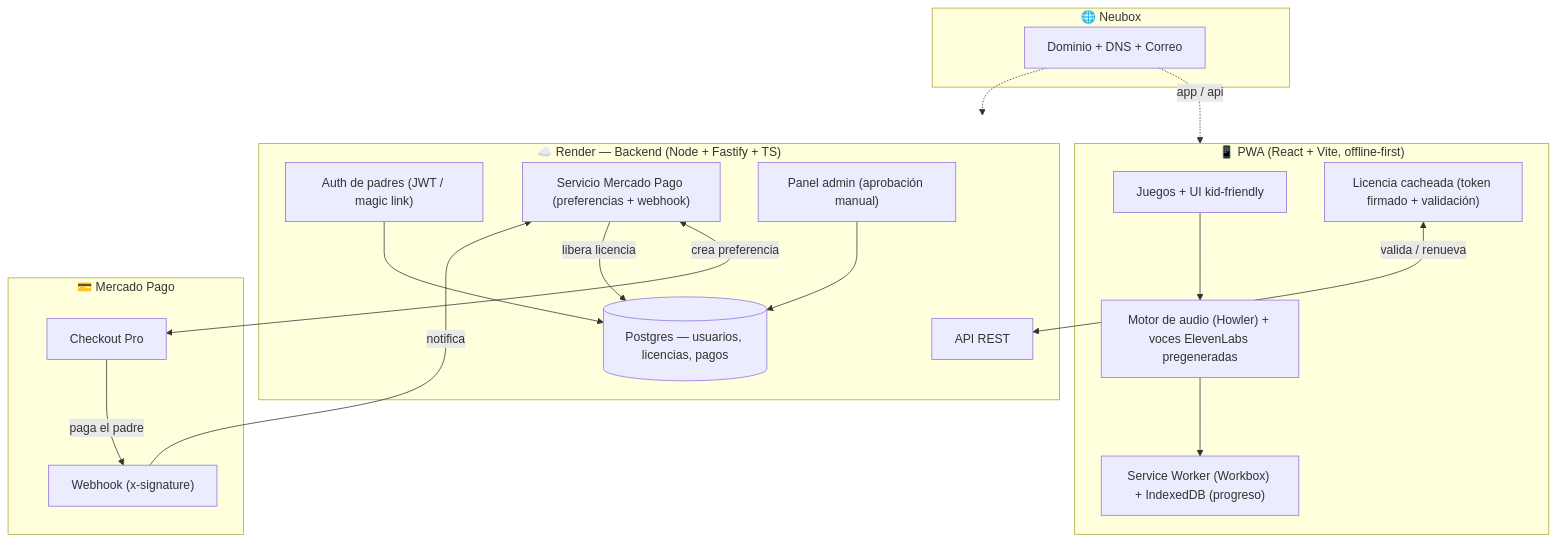
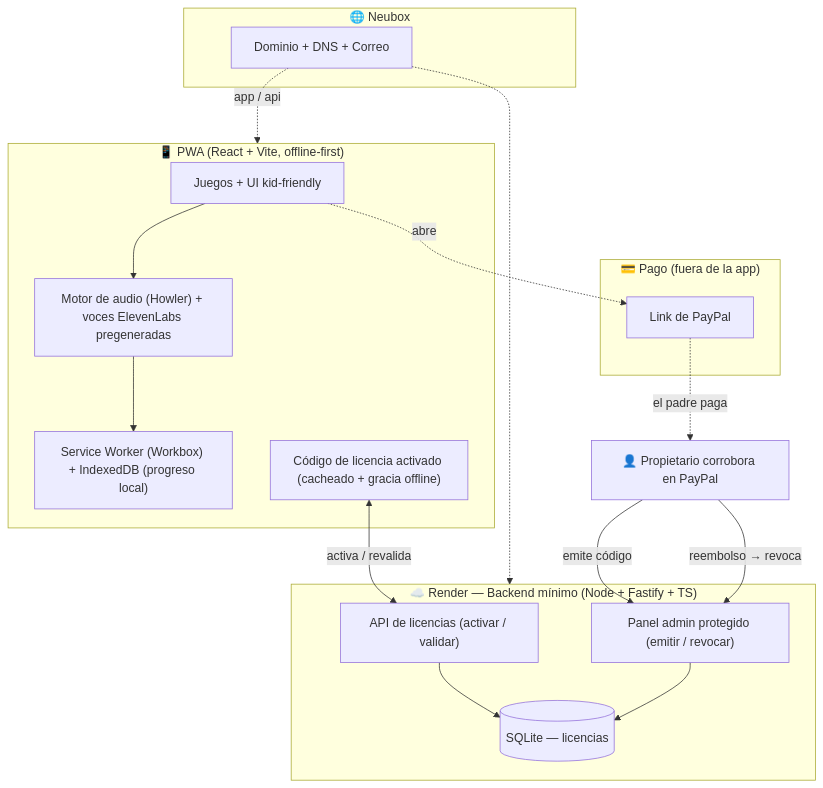
Before and after one commit to jgpazvega-ae/AndreApp: the first of 2 diagrams in PLAN.md, drawn with Mermaid. The commit also changed other lines of this file, not shown here.

First line of the commit message:
Simplify monetization: PayPal link + manual license instead of Mercado Pago

````diff
--- a/PLAN.md
+++ b/PLAN.md
@@ -75,34 +75,31 @@
 ```mermaid
 flowchart TB
     subgraph Cliente["📱 PWA (React + Vite, offline-first)"]
         UI["Juegos + UI kid-friendly"]
         Audio["Motor de audio (Howler) + voces ElevenLabs pregeneradas"]
-        SW["Service Worker (Workbox) + IndexedDB (progreso)"]
-        Lic["Licencia cacheada (token firmado + validación)"]
+        SW["Service Worker (Workbox) + IndexedDB (progreso local)"]
+        Lic["Código de licencia activado (cacheado + gracia offline)"]
     end
-    subgraph Render["☁️ Render — Backend (Node + Fastify + TS)"]
-        API["API REST"]
-        Auth["Auth de padres (JWT / magic link)"]
-        Pay["Servicio Mercado Pago (preferencias + webhook)"]
-        Admin["Panel admin (aprobación manual)"]
-        DB[("Postgres — usuarios, licencias, pagos")]
+    subgraph Render["☁️ Render — Backend mínimo (Node + Fastify + TS)"]
+        API["API de licencias (activar / validar)"]
+        Admin["Panel admin protegido (emitir / revocar)"]
+        DB[("SQLite — licencias")]
     end
-    subgraph MP["💳 Mercado Pago"]
-        Checkout["Checkout Pro"]
-        WH["Webhook (x-signature)"]
+    subgraph Pago["💳 Pago (fuera de la app)"]
+        PP["Link de PayPal"]
     end
     subgraph Neubox["🌐 Neubox"]
         Dominio["Dominio + DNS + Correo"]
     end
 
     UI --> Audio --> SW
-    Lic <-->|valida / renueva| API
-    Auth --> DB
-    Pay <-->|crea preferencia| Checkout
-    Checkout -->|paga el padre| WH
-    WH -->|notifica| Pay
-    Pay -->|libera licencia| DB
+    Lic <-->|activa / revalida| API
+    API --> DB
     Admin --> DB
+    UI -.abre.-> PP
+    PP -.el padre paga.-> Owner["👤 Propietario corrobora en PayPal"]
+    Owner -->|emite código| Admin
+    Owner -->|reembolso → revoca| Admin
     Dominio -.app / api.-> Cliente
     Dominio -.-> Render
 ```
````
